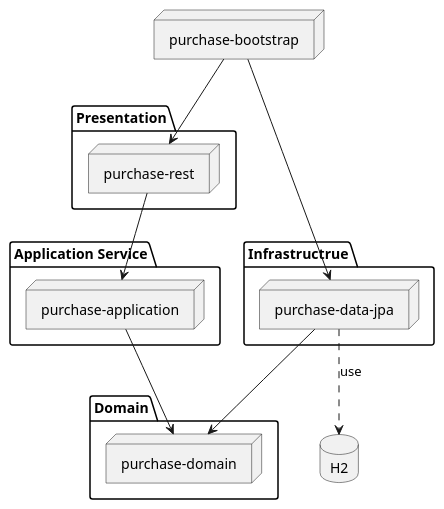
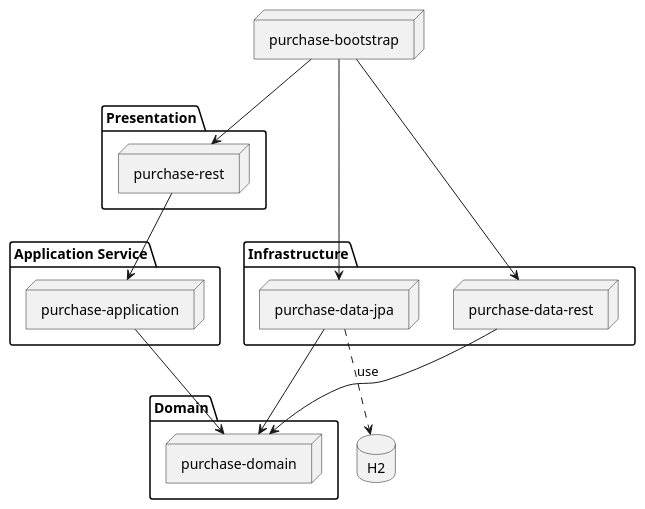
Before and after one commit to khanhnguyen18/purchase-prepaid-data: the diagram in Architecture.puml, drawn with PlantUML. The commit also changed 14 other files, not shown here.

```diff
--- a/Architecture.puml
+++ b/Architecture.puml
@@ -1,36 +1,40 @@
 @startuml
 node "purchase-bootstrap"
 
 package "Presentation" {
   node "purchase-rest"
 }
 
 package "Domain" {
   node "purchase-domain"
 }
 
 
 package "Application Service" {
   node "purchase-application"
 }
 
-package "Infrastructrue" {
+package "Infrastructure" {
   node "purchase-data-jpa"
+
+  node "purchase-data-rest"
 }
 
 database "H2" {
 
 }
 
 
 [purchase-bootstrap] --> [purchase-rest]
 [purchase-bootstrap] --> [purchase-data-jpa]
+[purchase-bootstrap] --> [purchase-data-rest]
 
+[purchase-data-rest] --> [purchase-domain]
 [purchase-data-jpa] --> [purchase-domain]
 [purchase-application] --> [purchase-domain]
 
 [purchase-rest] --> [purchase-application]
 [purchase-data-jpa] -[dashed]->H2 : use
 
 
 @enduml
```
